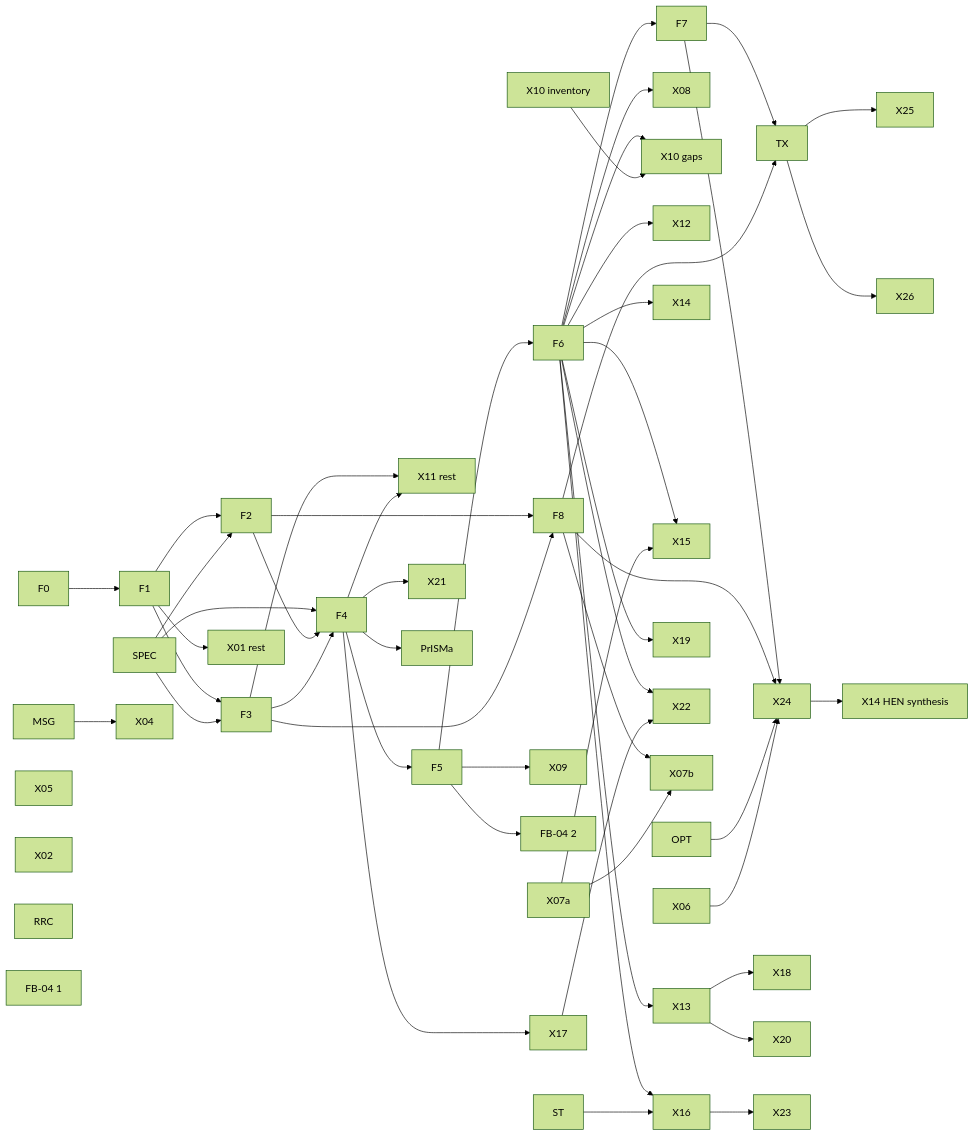
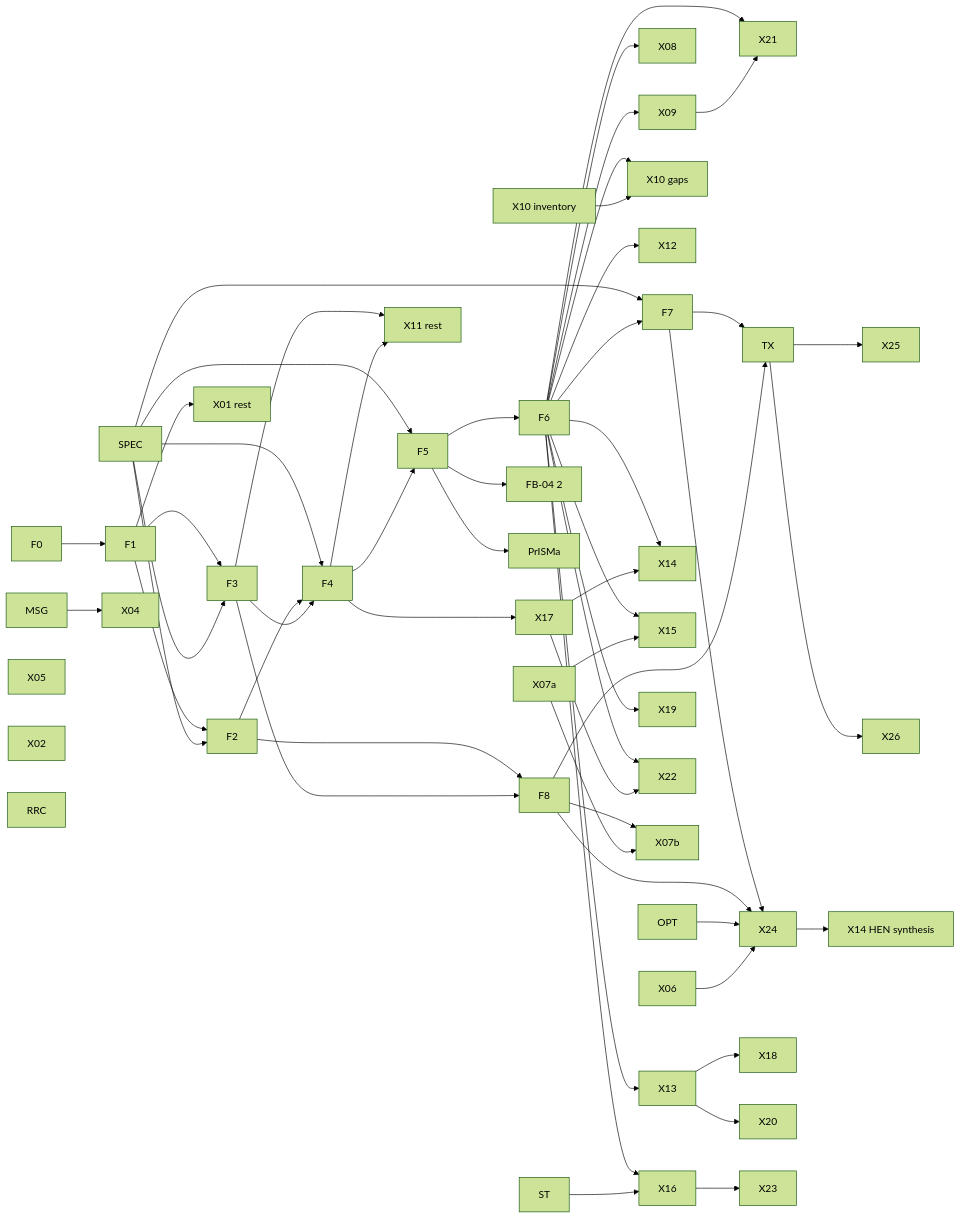
The diagram in docs/roadmap/target-architecture.md (computational-chemical-engineering/openflowsheet), drawn with Mermaid (forest theme) before and after one commit. The commit also changed other lines of this file and 2 other files, not shown here.

First line of the commit message:
docs(roadmap): stage 4c final pass (architect) — target architecture Revision 2 (M1, M2, S-items, ten sketches §9), roadmap.md 0.4–1.0, ADR 0057 Proposed

````diff
--- a/docs/roadmap/target-architecture.md
+++ b/docs/roadmap/target-architecture.md
@@ -687,28 +943,28 @@
 ```mermaid
 flowchart LR
   F0 --> F1
   F1 --> F2 & F3 & X01r[X01 rest]
-  SPEC --> F2 & F3 & F4
+  SPEC --> F2 & F3 & F4 & F5 & F7
   F2 --> F4 & F8
   F3 --> F4 & F8 & X11r[X11 rest]
-  F4 --> F5 & X11r & X17 & X21 & PrISMa
-  F5 --> F6 & X09 & FB4b[FB-04 2]
-  F6 --> F7 & X08 & X10g[X10 gaps] & X12 & X13 & X14 & X15 & X16 & X19 & X22
+  F4 --> F5 & X11r & X17
+  F5 --> F6 & FB4b[FB-04 2] & PrISMa
+  F6 --> F7 & X08 & X09 & X10g[X10 gaps] & X12 & X13 & X14 & X15 & X16 & X19 & X21 & X22
   F7 --> TX & X24
   F8 --> TX & X24 & X07b
   MSG --> X04
   X07a --> X07b & X15
   X10i[X10 inventory] --> X10g
   ST --> X16
+  X09 --> X21
   X13 --> X18 & X20
-  X17 --> X22
+  X17 --> X22 & X14
   X16 --> X23
   OPT --> X24
   X06 --> X24
   X24 --> X14h[X14 HEN synthesis]
   TX --> X25 & X26
   X05
   X02
   RRC
-  FB4a[FB-04 1]
 ```
````
